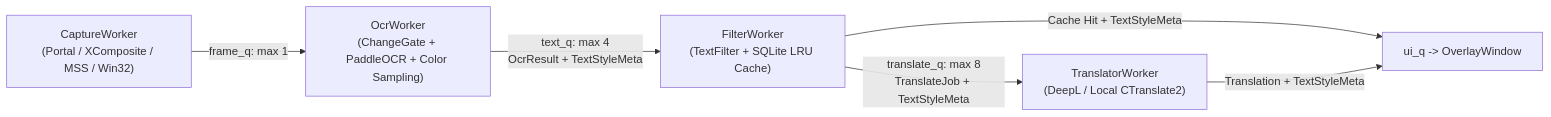
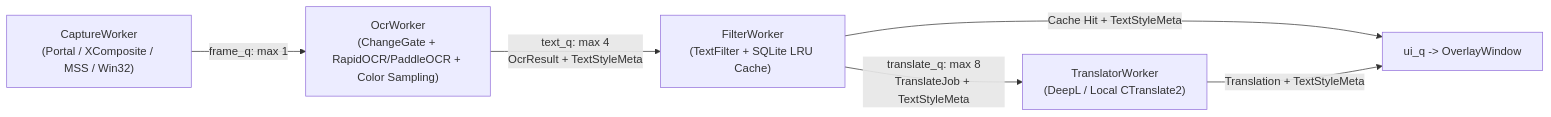
Before and after one commit to unvariable/GameOCR: the diagram in docs/en/architecture.md, drawn with Mermaid. The commit also changed other lines of this file and 61 other files, not shown here.

````diff
--- a/docs/en/architecture.md
+++ b/docs/en/architecture.md
@@ -9,8 +9,8 @@
 ```mermaid
 flowchart LR
-    A["CaptureWorker<br/>(Portal / XComposite / MSS / Win32)"] -->|frame_q: max 1| B["OcrWorker<br/>(ChangeGate + PaddleOCR + Color Sampling)"]
+    A["CaptureWorker<br/>(Portal / XComposite / MSS / Win32)"] -->|frame_q: max 1| B["OcrWorker<br/>(ChangeGate + RapidOCR/PaddleOCR + Color Sampling)"]
     B -->|text_q: max 4<br/>OcrResult + TextStyleMeta| C["FilterWorker<br/>(TextFilter + SQLite LRU Cache)"]
     C -->|Cache Hit + TextStyleMeta| E["ui_q -> OverlayWindow"]
     C -->|translate_q: max 8<br/>TranslateJob + TextStyleMeta| D["TranslatorWorker<br/>(DeepL / Local CTranslate2)"]
     D -->|Translation + TextStyleMeta| E
 ```
````
